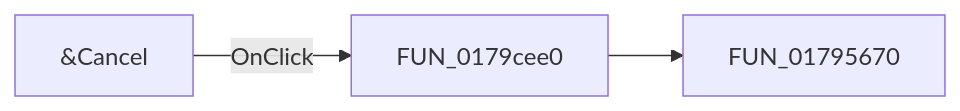
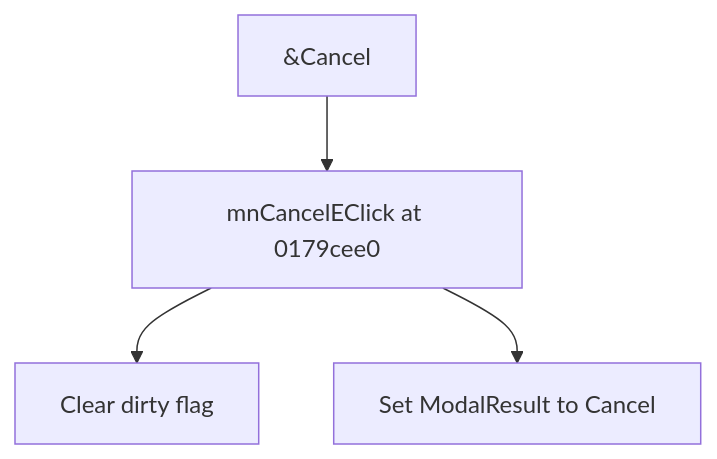
One commit to MovGP0/TIARA changed the diagram in docs/ui-controls/shapeedit/mncancele-9851ee7999.md. Above: the diagram before and after it, drawn with Mermaid. The commit also changed other lines of this file and 1062 other files, not shown here.

````diff
--- a/docs/ui-controls/shapeedit/mncancele-9851ee7999.md
+++ b/docs/ui-controls/shapeedit/mncancele-9851ee7999.md
@@ -27,5 +25,6 @@
 ```mermaid
-flowchart LR
-    control["&Cancel"] -->|OnClick| handler["FUN_0179cee0"]
-    handler --> call1["FUN_01795670"]
+flowchart TD
+    control["&Cancel"] --> handler["mnCancelEClick at 0179cee0"]
+    handler --> step1["Clear dirty flag"]
+    handler --> step2["Set ModalResult to Cancel"]
 ```
````
